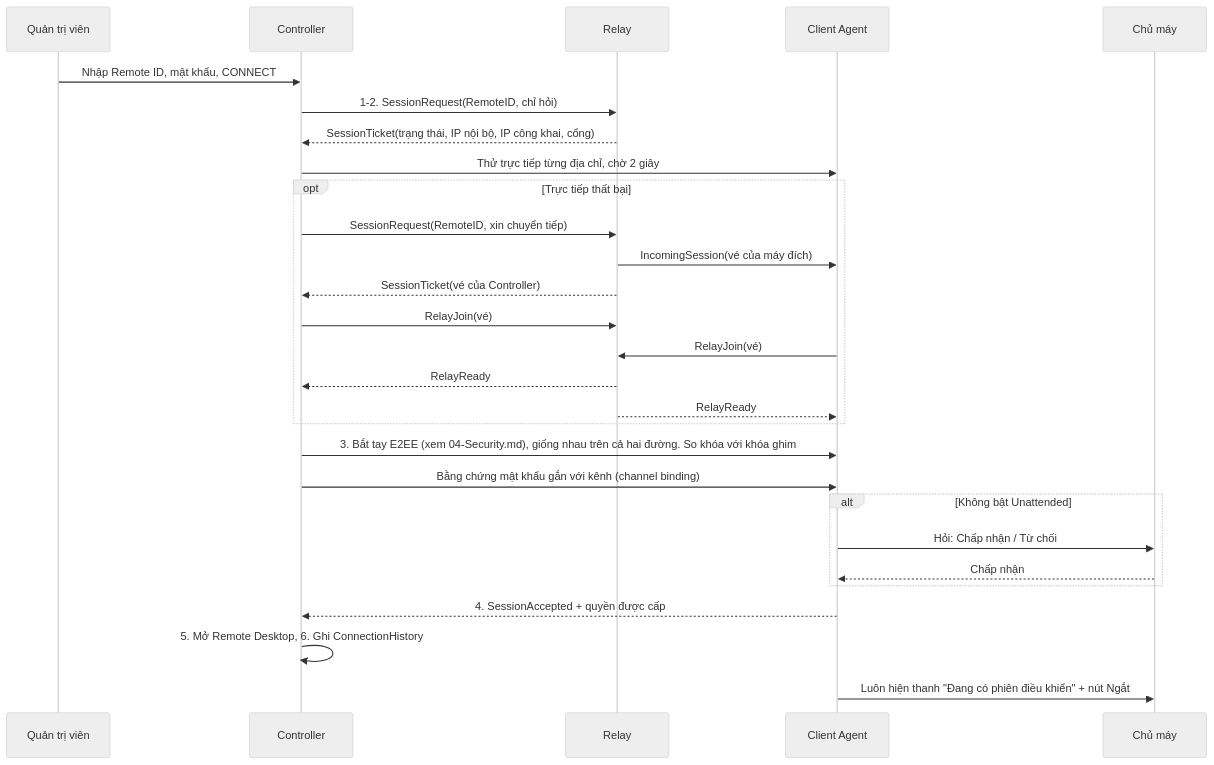
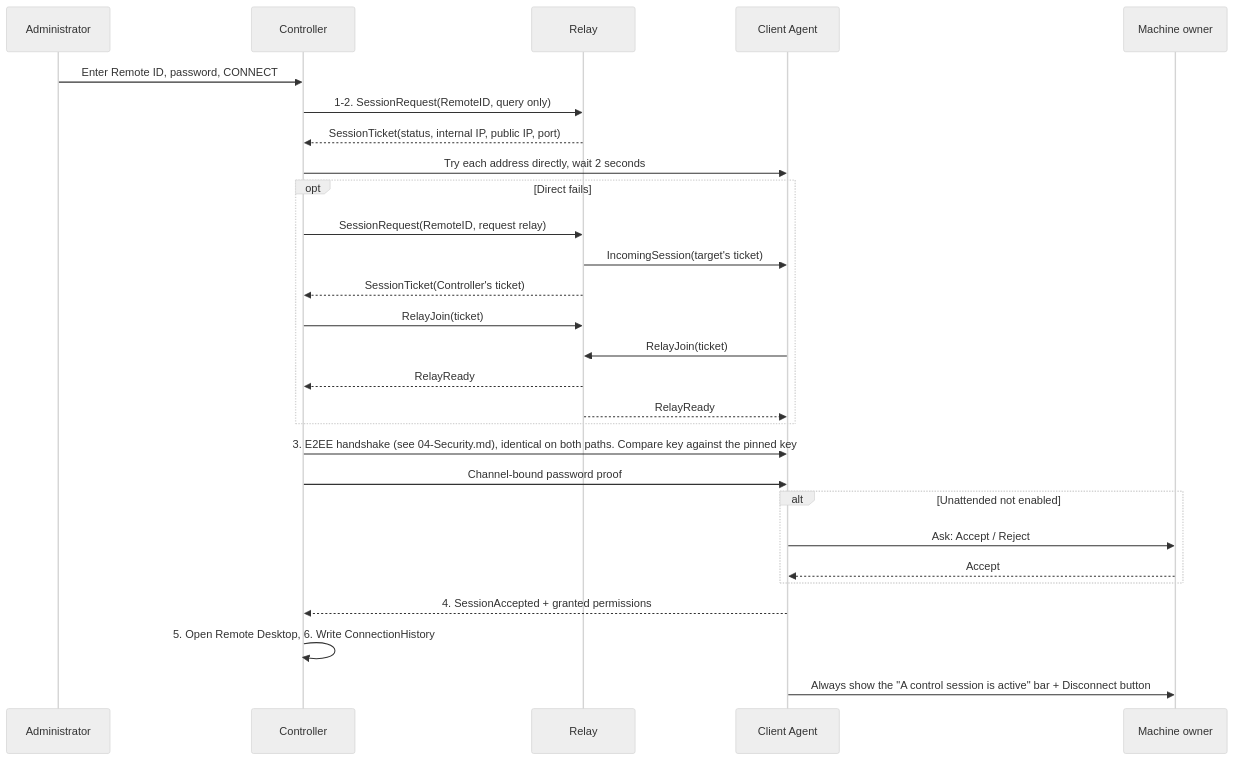
The third of 5 diagrams in docs/02-KienTruc.md (DungAnDuong/Remote-Destop-Manager), drawn with Mermaid (neutral theme) before and after one commit. The commit also changed other lines of this file and 7 other files, not shown here.

````diff
--- a/docs/02-KienTruc.md
+++ b/docs/02-KienTruc.md
@@ -86,30 +86,30 @@
 ```mermaid
 sequenceDiagram
-  participant U as Quản trị viên
+  participant U as Administrator
   participant C as Controller
   participant R as Relay
   participant A as Client Agent
-  participant O as Chủ máy
-  U->>C: Nhập Remote ID, mật khẩu, CONNECT
-  C->>R: 1-2. SessionRequest(RemoteID, chỉ hỏi)
-  R-->>C: SessionTicket(trạng thái, IP nội bộ, IP công khai, cổng)
-  C->>A: Thử trực tiếp từng địa chỉ, chờ 2 giây
-  opt Trực tiếp thất bại
-    C->>R: SessionRequest(RemoteID, xin chuyển tiếp)
-    R->>A: IncomingSession(vé của máy đích)
-    R-->>C: SessionTicket(vé của Controller)
-    C->>R: RelayJoin(vé)
-    A->>R: RelayJoin(vé)
+  participant O as Machine owner
+  U->>C: Enter Remote ID, password, CONNECT
+  C->>R: 1-2. SessionRequest(RemoteID, query only)
+  R-->>C: SessionTicket(status, internal IP, public IP, port)
+  C->>A: Try each address directly, wait 2 seconds
+  opt Direct fails
+    C->>R: SessionRequest(RemoteID, request relay)
+    R->>A: IncomingSession(target's ticket)
+    R-->>C: SessionTicket(Controller's ticket)
+    C->>R: RelayJoin(ticket)
+    A->>R: RelayJoin(ticket)
     R-->>C: RelayReady
     R-->>A: RelayReady
   end
-  C->>A: 3. Bắt tay E2EE (xem 04-Security.md), giống nhau trên cả hai đường. So khóa với khóa ghim
-  C->>A: Bằng chứng mật khẩu gắn với kênh (channel binding)
-  alt Không bật Unattended
-    A->>O: Hỏi: Chấp nhận / Từ chối
-    O-->>A: Chấp nhận
+  C->>A: 3. E2EE handshake (see 04-Security.md), identical on both paths. Compare key against the pinned key
+  C->>A: Channel-bound password proof
+  alt Unattended not enabled
+    A->>O: Ask: Accept / Reject
+    O-->>A: Accept
   end
-  A-->>C: 4. SessionAccepted + quyền được cấp
-  C->>C: 5. Mở Remote Desktop, 6. Ghi ConnectionHistory
-  A->>O: Luôn hiện thanh "Đang có phiên điều khiển" + nút Ngắt
+  A-->>C: 4. SessionAccepted + granted permissions
+  C->>C: 5. Open Remote Desktop, 6. Write ConnectionHistory
+  A->>O: Always show the "A control session is active" bar + Disconnect button
 ```
````
